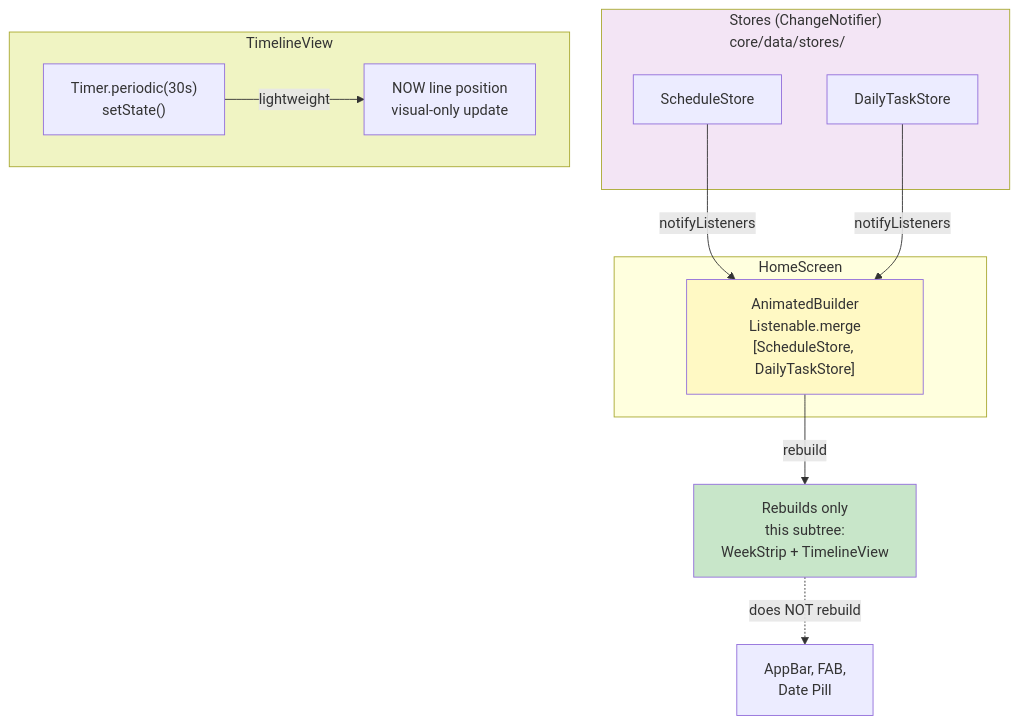
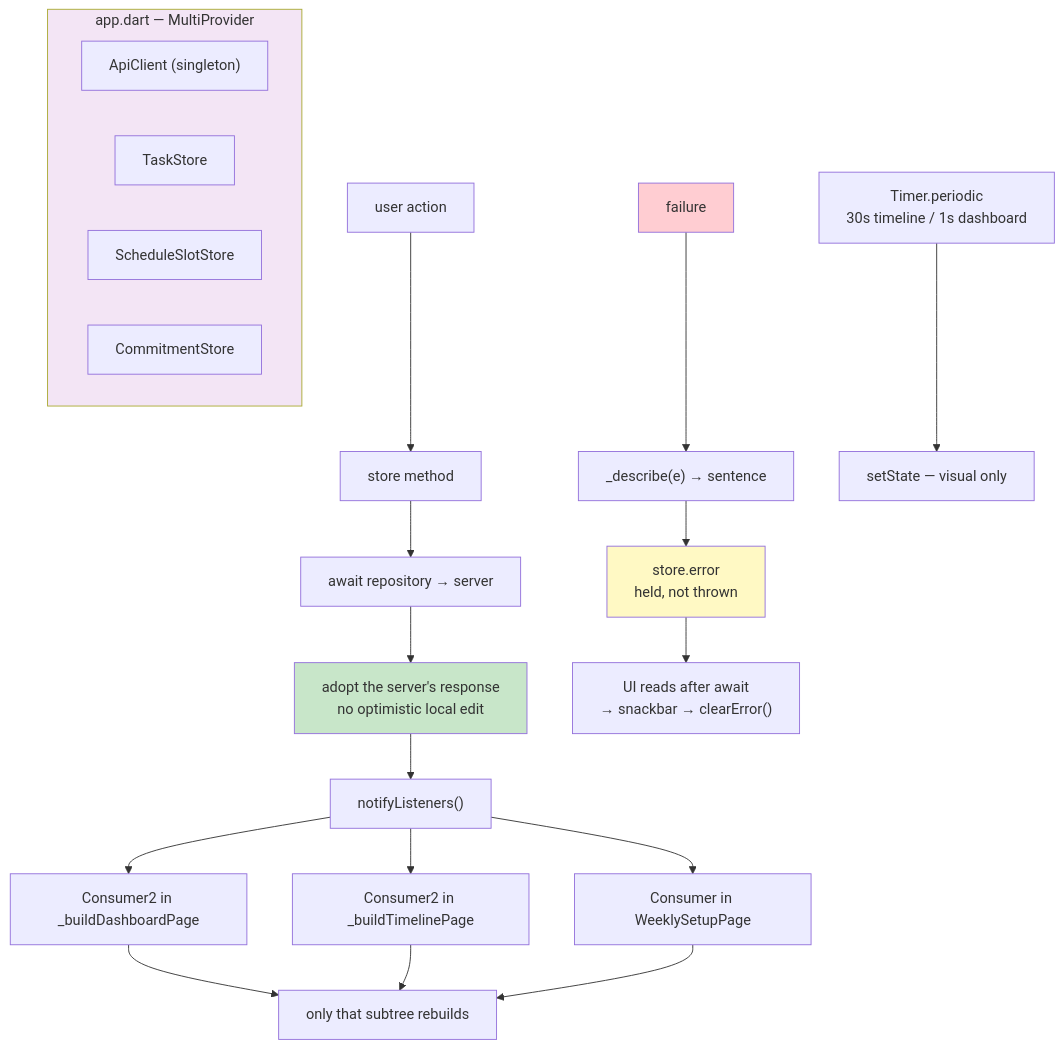
Diagram 11 of 11 in SAARTHI V1.3.0/app files/docs/ARCHITECTURE_DIAGRAMS.md (Spathneja21/SAARTHI), drawn with Mermaid before and after one commit. The commit also changed other lines of this file and 26 other files, not shown here.

````diff
--- a/SAARTHI V1.3.0/app files/docs/ARCHITECTURE_DIAGRAMS.md
+++ b/SAARTHI V1.3.0/app files/docs/ARCHITECTURE_DIAGRAMS.md
@@ -378,30 +471,33 @@
 ```mermaid
 graph TD
-    subgraph STORES["Stores (ChangeNotifier)<br/>core/data/stores/"]
-        DS1["ScheduleStore"]
-        DS2["DailyTaskStore"]
+    subgraph ROOTP["app.dart — MultiProvider"]
+        AC["ApiClient (singleton)"]
+        TS["TaskStore"]
+        SS["ScheduleSlotStore"]
+        CS["CommitmentStore"]
     end
-    
-    subgraph HOME["HomeScreen"]
-        AB["AnimatedBuilder<br/>Listenable.merge<br/>[ScheduleStore, DailyTaskStore]"]
-    end
-    
-    DS1 -->|notifyListeners| AB
-    DS2 -->|notifyListeners| AB
-    
-    AB -->|rebuild| SUBTREE["Rebuilds only<br/>this subtree:<br/>WeekStrip + TimelineView"]
-    
-    SUBTREE -.->|does NOT rebuild| PARENT["AppBar, FAB,<br/>Date Pill"]
-    
-    subgraph TIMELINE["TimelineView"]
-        TIMER["Timer.periodic(30s)<br/>setState()"]
-        NOW["NOW line position<br/>visual-only update"]
-    end
-    
-    TIMER -->|lightweight| NOW
-    
-    style STORES fill:#f3e5f5
-    style AB fill:#fff9c4
-    style SUBTREE fill:#c8e6c9
-    style TIMELINE fill:#f0f4c3
+
+    ACT["user action"] --> STORE["store method"]
+    STORE --> AWAIT["await repository → server"]
+    AWAIT --> ADOPT["adopt the server's response<br/>no optimistic local edit"]
+    ADOPT --> NOTIFY["notifyListeners()"]
+
+    NOTIFY --> C1["Consumer2 in _buildDashboardPage"]
+    NOTIFY --> C2["Consumer2 in _buildTimelinePage"]
+    NOTIFY --> C3["Consumer in WeeklySetupPage"]
+
+    C1 --> RB["only that subtree rebuilds"]
+    C2 --> RB
+    C3 --> RB
+
+    ERR["failure"] --> DESC["_describe(e) → sentence"]
+    DESC --> HELD["store.error<br/>held, not thrown"]
+    HELD --> READ["UI reads after await<br/>→ snackbar → clearError()"]
+
+    TICK["Timer.periodic<br/>30s timeline / 1s dashboard"] --> LOCAL["setState — visual only"]
+
+    style ROOTP fill:#f3e5f5
+    style ADOPT fill:#c8e6c9
+    style HELD fill:#fff9c4
+    style ERR fill:#ffcdd2
 ```
````
